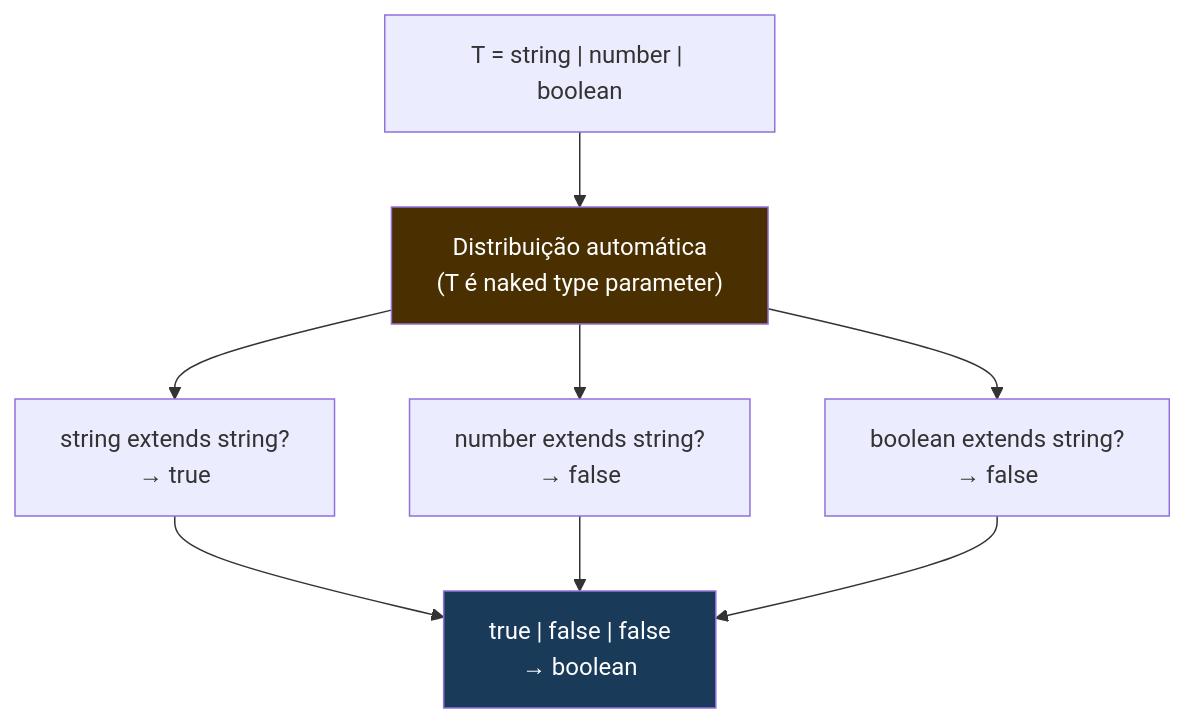
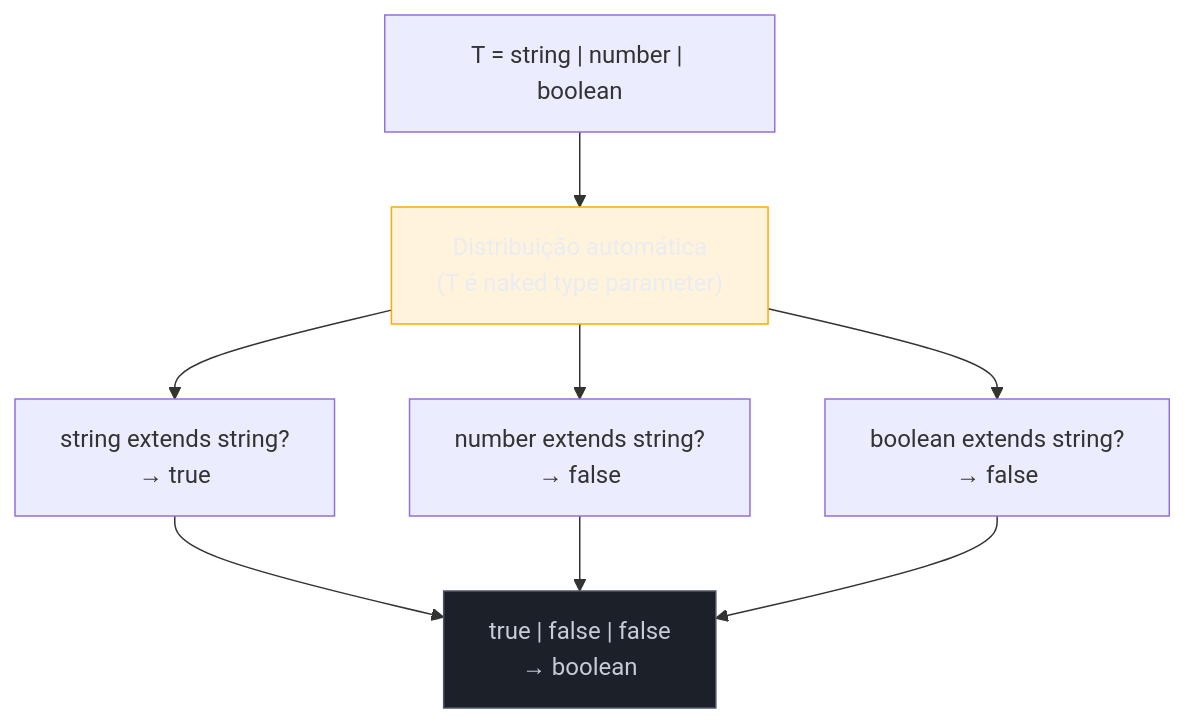
Before and after one commit to josenaldo/codex-technomanticus: the second of 5 diagrams in 03-Dominios/Tecnologia/TypeScript/13 - Conditional types.md, drawn with Mermaid. The commit also changed other lines of this file and 1181 other files, not shown here.

First line of the commit message:
fix(diagramas): paleta do sistema no lugar de cor cravada no markdown

````diff
--- a/03-Dominios/Tecnologia/TypeScript/13 - Conditional types.md
+++ b/03-Dominios/Tecnologia/TypeScript/13 - Conditional types.md
@@ -94,16 +96,18 @@
 ```mermaid
 flowchart TD
+    classDef destaque fill:#FFAA0024,stroke:#FFAA00,color:#E9ECF2
+    classDef neutro fill:#1B2029,stroke:#4E5666,color:#C6CCD8
     IN["T = string | number | boolean"]
     DIST["Distribuição automática\n(T é naked type parameter)"]
     C1["string extends string?\n→ true"]
     C2["number extends string?\n→ false"]
     C3["boolean extends string?\n→ false"]
     R["true | false | false\n→ boolean"]
 
     IN --> DIST
     DIST --> C1 & C2 & C3
     C1 & C2 & C3 --> R
 
-    style DIST fill:#4a3000,color:#fff
-    style R fill:#1a3a5a,color:#fff
+    class DIST destaque
+    class R neutro
 ```
````
